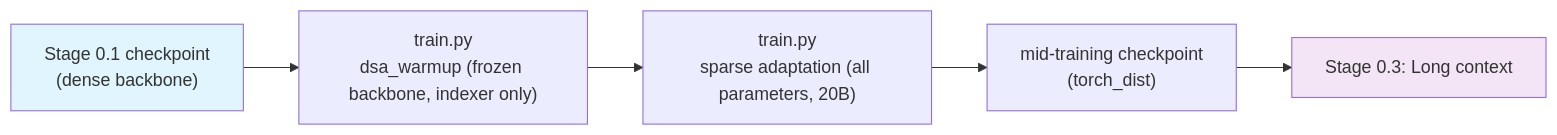
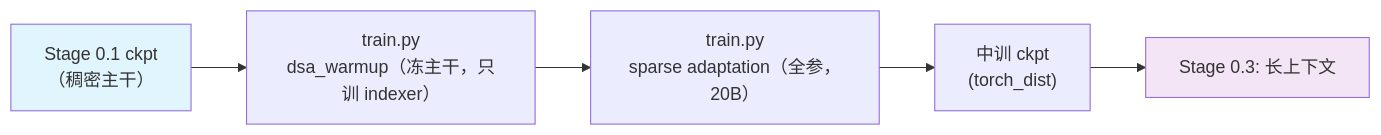
The diagram in src/shensi/recipes/shensi/stage0_pretrain/stage2_midtrain/README.md (zongzhilou/shensi), drawn with Mermaid before and after one commit. The commit also changed other lines of this file and 13 other files, not shown here.

````diff
--- a/src/shensi/recipes/shensi/stage0_pretrain/stage2_midtrain/README.md
+++ b/src/shensi/recipes/shensi/stage0_pretrain/stage2_midtrain/README.md
@@ -89,10 +86,9 @@
 ```mermaid
 flowchart LR
-    prev["Stage 0.1 checkpoint<br/>(dense backbone)"] --> w["train.py<br/>dsa_warmup (frozen backbone, indexer only)"]
-    w --> s["train.py<br/>sparse adaptation (all parameters, 20B)"]
-    s --> ckpt["mid-training checkpoint<br/>(torch_dist)"]
-    ckpt --> next["Stage 0.3: Long context"]
-
+    prev["Stage 0.1 ckpt<br/>（稠密主干）"] --> w["train.py<br/>dsa_warmup（冻主干，只训 indexer）"]
+    w --> s["train.py<br/>sparse adaptation（全参，20B）"]
+    s --> ckpt["中训 ckpt<br/>(torch_dist)"]
+    ckpt --> next["Stage 0.3: 长上下文"]
     style prev fill:#e1f5fe
     style next fill:#f3e5f5
 ```
````
